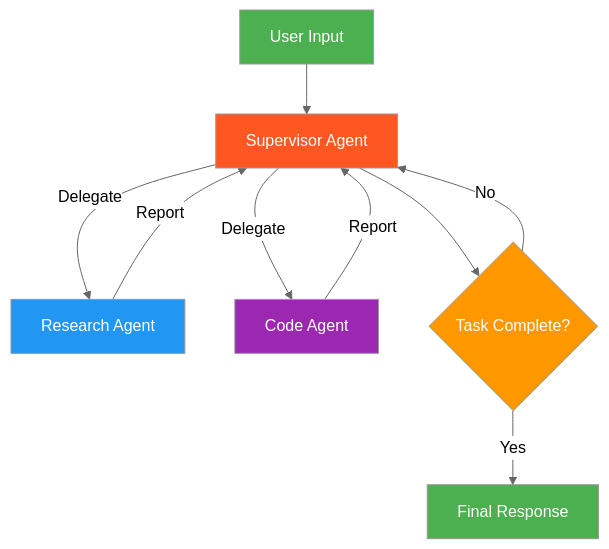
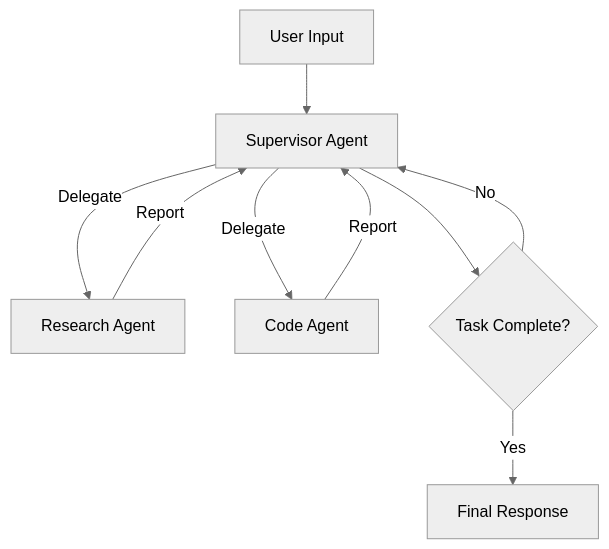
The sixth of 11 diagrams in README.md (saisrinivas-samoju/agentic_architectures), drawn with Mermaid (neutral theme) before and after one commit. The commit also changed other lines of this file and 20 other files, not shown here.

````diff
--- a/README.md
+++ b/README.md
@@ -265,18 +278,11 @@
 ```mermaid
 flowchart TD
     A[User Input] --> B[Supervisor Agent]
     B -->|Delegate| C[Research Agent]
     B -->|Delegate| D[Code Agent]
     C -->|Report| B
     D -->|Report| B
     B --> E{Task Complete?}
     E -->|No| B
     E -->|Yes| F[Final Response]
-
-    style A fill:#4CAF50,color:#fff
-    style B fill:#FF5722,color:#fff
-    style C fill:#2196F3,color:#fff
-    style D fill:#9C27B0,color:#fff
-    style E fill:#FF9800,color:#fff
-    style F fill:#4CAF50,color:#fff
 ```
````
